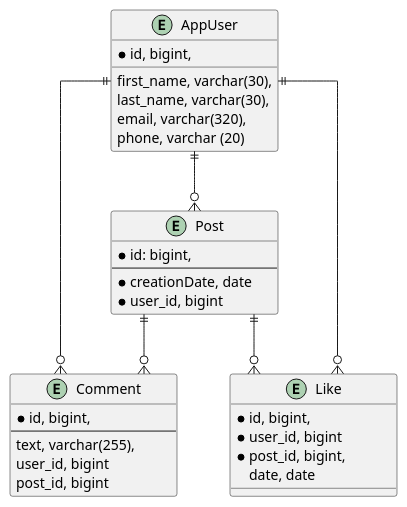
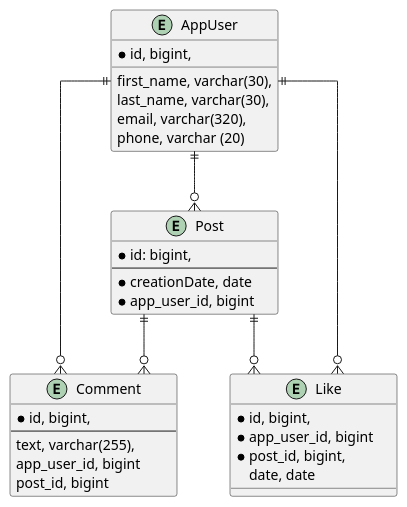
The diagram in docs/er.puml (AlekseiLitvin/LocalSandbox), drawn with PlantUML before and after one commit. The commit also changed 4 other files, not shown here.

```diff
--- a/docs/er.puml
+++ b/docs/er.puml
@@ -1,50 +1,50 @@
 @startuml
 
 ' To get more info about puml styles
 ' see https://plantuml.com/ and https://plantuml-documentation.readthedocs.io/en/latest/diagrams/index.html (unofficial)
 
 skinparam backgroundcolor white
 skinparam defaultFontSize 14
 skinparam linetype ortho
 skinparam SameClassWidth true
 
 
 entity AppUser {
     *id, bigint,
     first_name, varchar(30),
     last_name, varchar(30),
     email, varchar(320),
     phone, varchar (20)
 }
 
 entity Post {
     *id: bigint,
     --
     *creationDate, date
-    *user_id, bigint
+    *app_user_id, bigint
 }
 
 entity Comment {
     *id, bigint,
     --
     text, varchar(255),
-    user_id, bigint
+    app_user_id, bigint
     post_id, bigint
 }
 
 entity Like {
     *id, bigint,
-    *user_id, bigint
+    *app_user_id, bigint
     *post_id, bigint,
     date, date
 }
 
 
 AppUser ||--o{ Post
 AppUser ||--o{ Comment
 AppUser ||--o{ Like
 Post ||--o{ Comment
 Post ||--o{ Like
 
 
 @enduml
```
